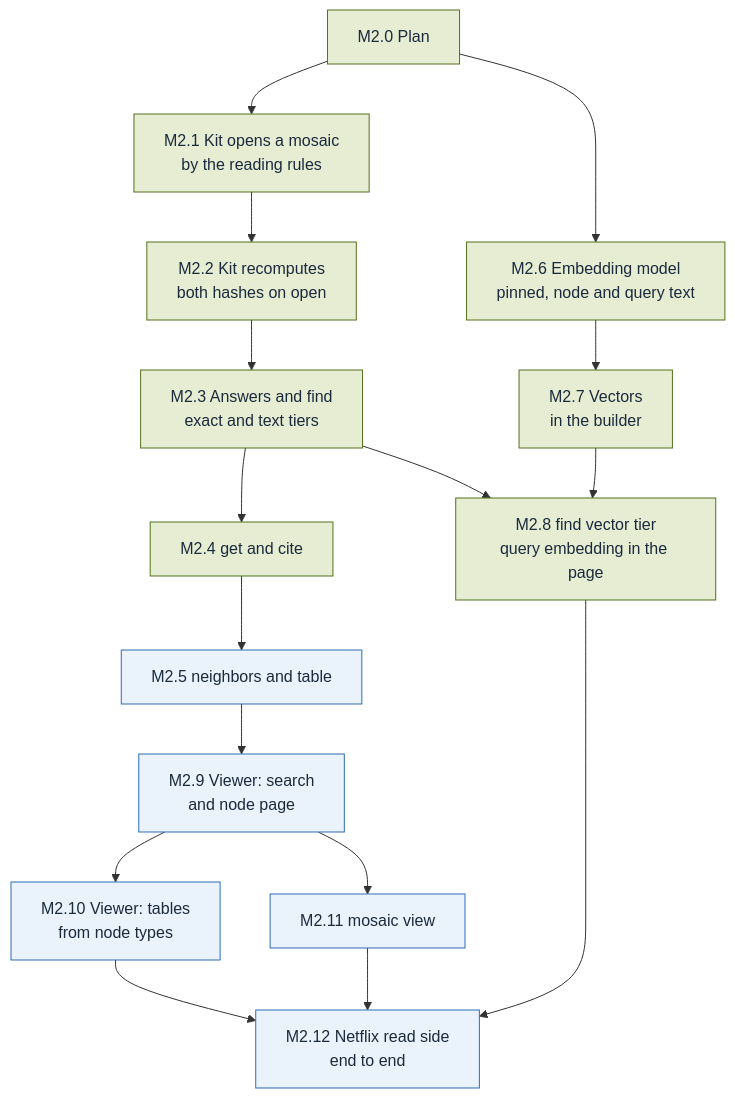
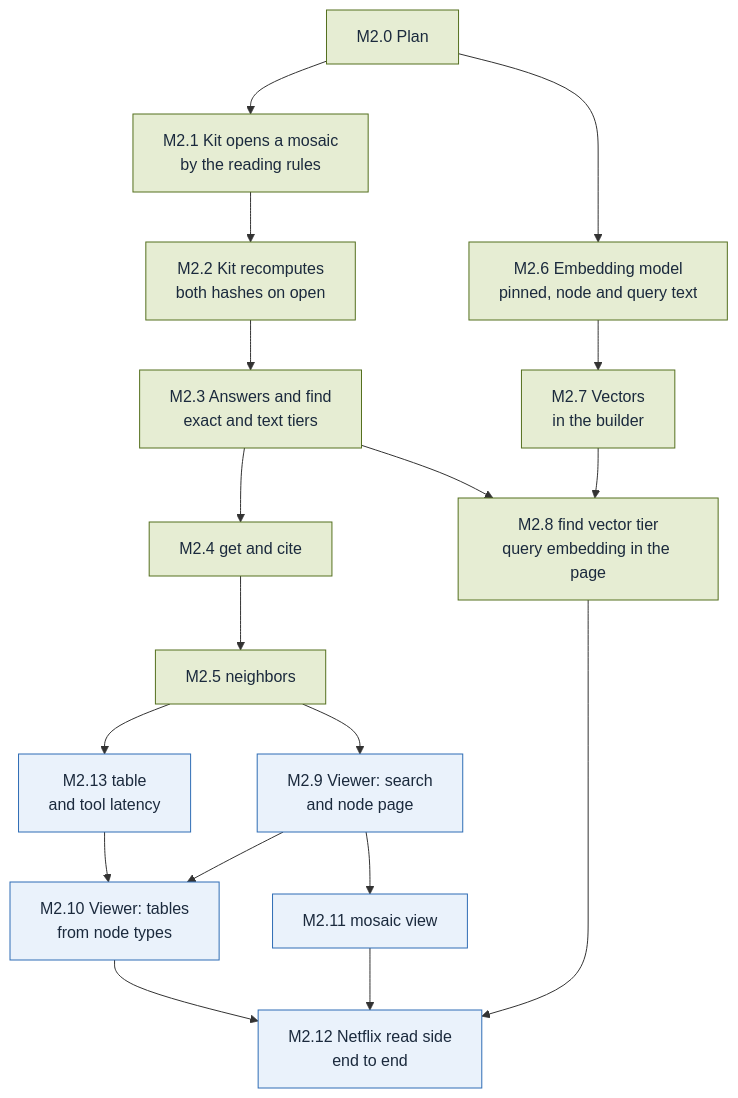
The diagram in plan/M2.md (alcjor/Mosaic), drawn with Mermaid before and after one commit. The commit also changed other lines of this file and 6 other files, not shown here.

````diff
--- a/plan/M2.md
+++ b/plan/M2.md
@@ -3,36 +3,39 @@
 ```mermaid
 flowchart TD
   M2_0["M2.0 Plan"]
   M2_1["M2.1 Kit opens a mosaic<br/>by the reading rules"]
   M2_2["M2.2 Kit recomputes<br/>both hashes on open"]
   M2_3["M2.3 Answers and find<br/>exact and text tiers"]
   M2_4["M2.4 get and cite"]
-  M2_5["M2.5 neighbors and table"]
+  M2_5["M2.5 neighbors"]
+  M2_13["M2.13 table<br/>and tool latency"]
   M2_6["M2.6 Embedding model<br/>pinned, node and query text"]
   M2_7["M2.7 Vectors<br/>in the builder"]
   M2_8["M2.8 find vector tier<br/>query embedding in the page"]
   M2_9["M2.9 Viewer: search<br/>and node page"]
   M2_10["M2.10 Viewer: tables<br/>from node types"]
   M2_11["M2.11 mosaic view"]
   M2_12["M2.12 Netflix read side<br/>end to end"]
   M2_0 --> M2_1
   M2_1 --> M2_2
   M2_2 --> M2_3
   M2_3 --> M2_4
   M2_4 --> M2_5
+  M2_5 --> M2_13
   M2_0 --> M2_6
   M2_6 --> M2_7
   M2_3 --> M2_8
   M2_7 --> M2_8
   M2_5 --> M2_9
   M2_9 --> M2_10
+  M2_13 --> M2_10
   M2_9 --> M2_11
   M2_8 --> M2_12
   M2_10 --> M2_12
   M2_11 --> M2_12
   classDef done fill:#E6EDD3,stroke:#55701F,color:#1B2A3D
   classDef todo fill:#EAF2FB,stroke:#2F6DB5,color:#1B2A3D
   classDef parked fill:#FCEFCF,stroke:#F2B630,color:#1B2A3D
-  class M2_0,M2_1,M2_2,M2_3,M2_4,M2_6,M2_7,M2_8 done
-  class M2_5,M2_9,M2_10,M2_11,M2_12 todo
+  class M2_0,M2_1,M2_2,M2_3,M2_4,M2_5,M2_6,M2_7,M2_8 done
+  class M2_9,M2_10,M2_11,M2_12,M2_13 todo
 ```
````
